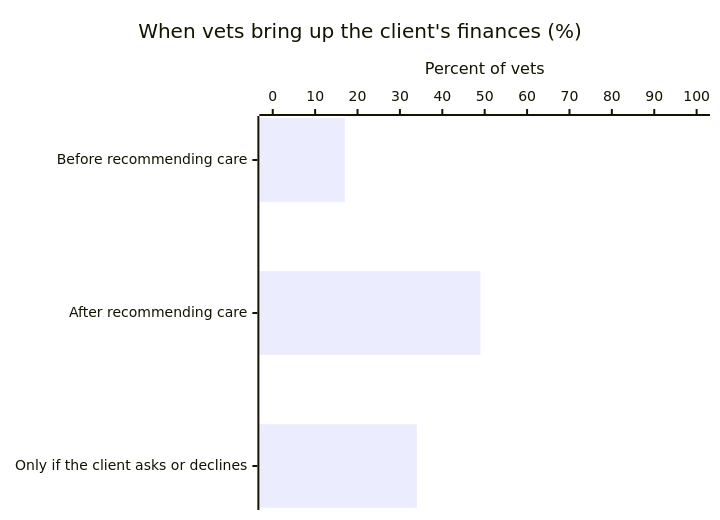
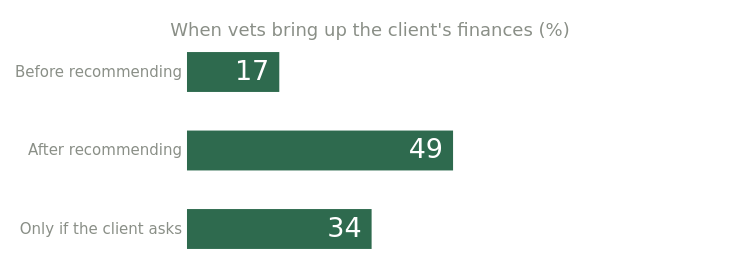
One commit to twoSquaredHoon/BadgerBuildFest2026 changed the second of 6 diagrams in README.md. Above: the diagram before and after it, drawn with Mermaid. The commit also changed other lines of this file, not shown here.

Commit message:
README: cleaner charts with transparent background, value labels, no axis clutter

````diff
--- a/README.md
+++ b/README.md
@@ -46,7 +47,8 @@
 ```mermaid
+%%{init: {"theme": "base", "themeVariables": {"xyChart": {"backgroundColor": "transparent", "plotColorPalette": "#2E6A4E", "titleColor": "#8A8F87", "xAxisLabelColor": "#8A8F87", "yAxisLabelColor": "#8A8F87", "dataLabelColor": "#FFFFFF"}}, "xyChart": {"width": 720, "height": 240, "showDataLabel": true, "titleFontSize": 18, "xAxis": {"showTick": false, "showAxisLine": false, "labelFontSize": 15}, "yAxis": {"showLabel": false, "showTick": false, "showAxisLine": false, "showTitle": false}}}}%%
 xychart-beta horizontal
     title "When vets bring up the client's finances (%)"
-    x-axis ["Before recommending care", "After recommending care", "Only if the client asks or declines"]
-    y-axis "Percent of vets" 0 --> 100
+    x-axis ["Before recommending", "After recommending", "Only if the client asks"]
+    y-axis 0 --> 100
     bar [17, 49, 34]
 ```
````
